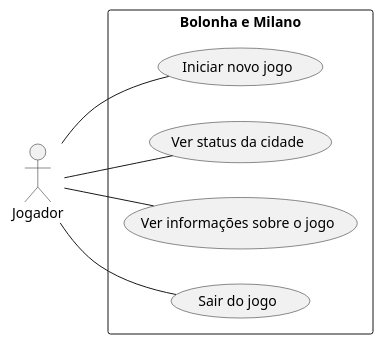
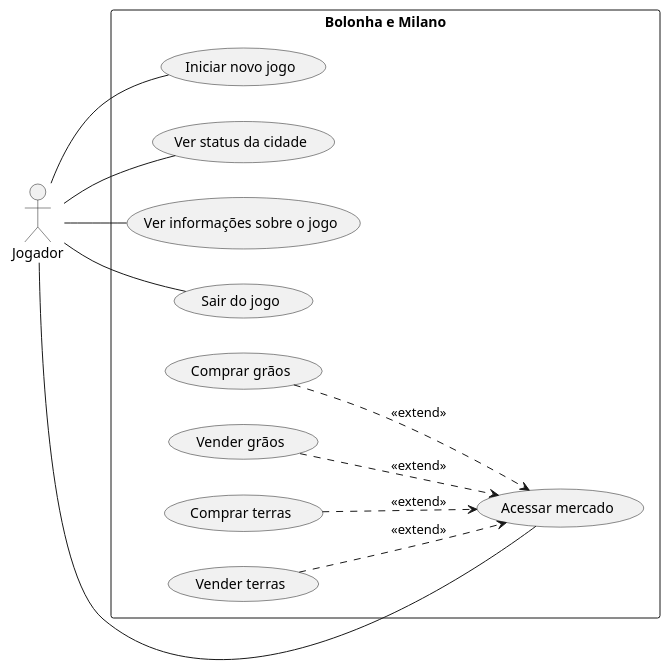
Before and after one commit to CamiloHandal/Projeto-Bologna-Milano: the diagram in casos-de-uso/casosdeuso.puml, drawn with PlantUML. The commit also changed 6 other files, not shown here.

```diff
--- a/casos-de-uso/casosdeuso.puml
+++ b/casos-de-uso/casosdeuso.puml
@@ -1,18 +1,30 @@
 @startuml
 left to right direction
 
 actor "Jogador" as jogador
 
 rectangle "Bolonha e Milano" {
     usecase "Iniciar novo jogo" as iniciar
     usecase "Ver status da cidade" as status
+    usecase "Acessar mercado" as mercado
     usecase "Ver informações sobre o jogo" as sobre
     usecase "Sair do jogo" as sair
+
+    usecase "Comprar grãos" as comprarGraos
+    usecase "Vender grãos" as venderGraos
+    usecase "Comprar terras" as comprarTerras
+    usecase "Vender terras" as venderTerras
 }
 
 jogador -- iniciar
 jogador -- status
+jogador -- mercado
 jogador -- sobre
 jogador -- sair
 
+comprarGraos ..> mercado : <<extend>>
+venderGraos ..> mercado : <<extend>>
+comprarTerras ..> mercado : <<extend>>
+venderTerras ..> mercado : <<extend>>
+
 @enduml
```
